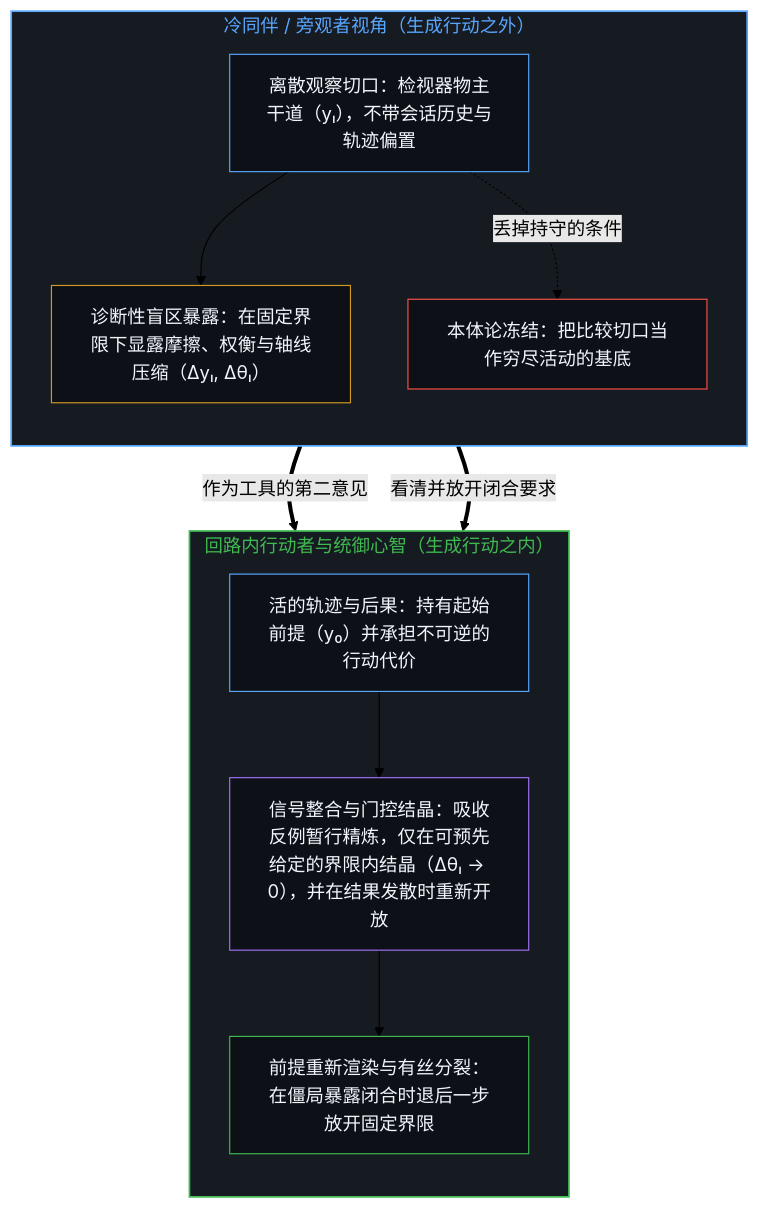
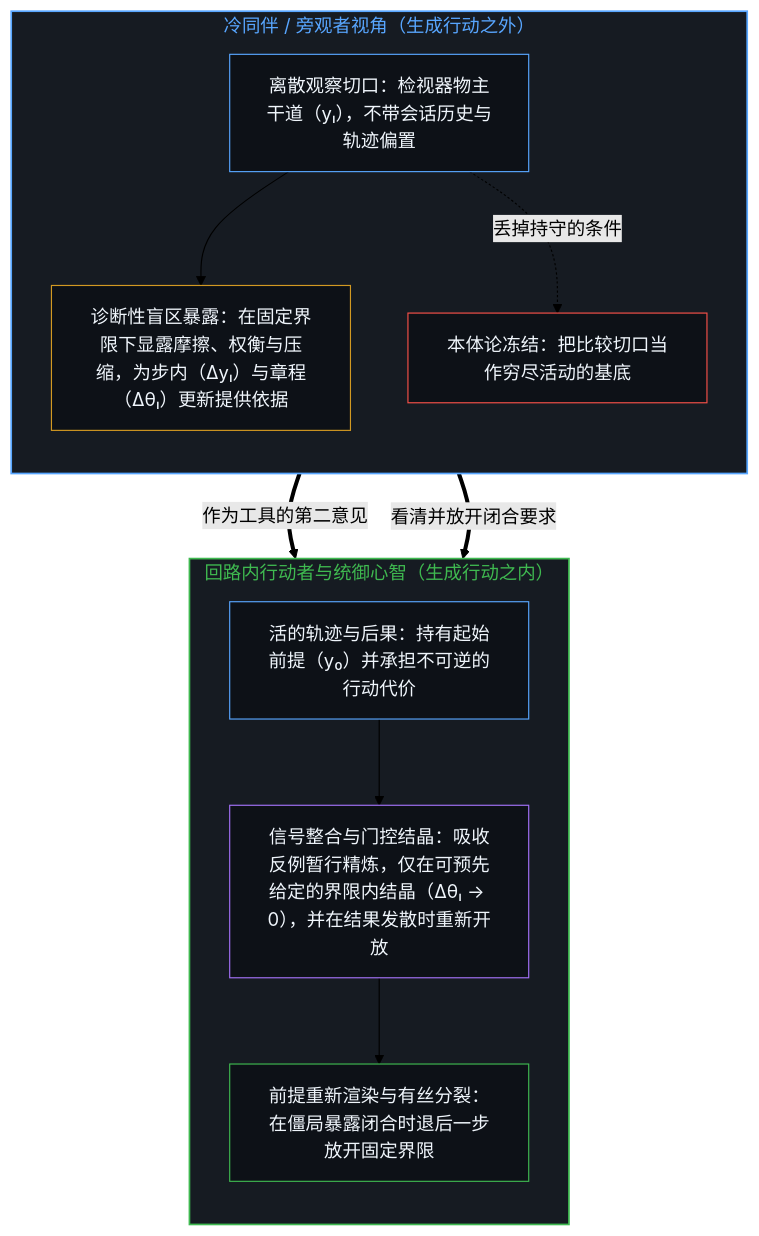
Before and after one commit to powerpig99/not-a-toe: the first of 2 diagrams in content/posts/the-paradoxical-nature-of-bystander-insights.md, drawn with Mermaid (forest theme). The commit also changed other lines of this file and 3 other files, not shown here.

````diff
--- a/content/posts/the-paradoxical-nature-of-bystander-insights.md
+++ b/content/posts/the-paradoxical-nature-of-bystander-insights.md
@@ -67,28 +67,28 @@
 ```mermaid
 flowchart TD
     subgraph S_Bystander["冷同伴 / 旁观者视角（生成行动之外）"]
         direction TB
         B_Cut["离散观察切口：检视器物主干道（yₗ），不带会话历史与轨迹偏置"]
-        B_Signal["诊断性盲区暴露：在固定界限下显露摩擦、权衡与轴线压缩（Δyₗ, Δθₗ）"]
+        B_Signal["诊断性盲区暴露：在固定界限下显露摩擦、权衡与压缩，为步内（Δyₗ）与章程（Δθₗ）更新提供依据"]
         B_Freeze["本体论冻结：把比较切口当作穷尽活动的基底"]
         B_Cut --> B_Signal
         B_Cut -.->|"丢掉持守的条件"| B_Freeze
     end
     subgraph S_Actor["回路内行动者与统御心智（生成行动之内）"]
         direction TB
         A_History["活的轨迹与后果：持有起始前提（y₀）并承担不可逆的行动代价"]
         A_Integrate["信号整合与门控结晶：吸收反例暂行精炼，仅在可预先给定的界限内结晶（Δθₗ → 0），并在结果发散时重新开放"]
         A_Expand["前提重新渲染与有丝分裂：在僵局暴露闭合时退后一步放开固定界限"]
         A_History --> A_Integrate --> A_Expand
     end
     B_Signal ==>|"作为工具的第二意见"| A_Integrate
     B_Freeze ==>|"看清并放开闭合要求"| A_Expand
     style S_Bystander fill:#161b22,stroke:#58a6ff,stroke-width:1.5px,color:#58a6ff
     style S_Actor fill:#161b22,stroke:#3fb950,stroke-width:1.5px,color:#3fb950
     style B_Cut fill:#0d1117,stroke:#58a6ff,stroke-width:1px,color:#f0f6fc
     style B_Signal fill:#0d1117,stroke:#d29922,stroke-width:1px,color:#f0f6fc
     style B_Freeze fill:#0d1117,stroke:#f85149,stroke-width:1px,color:#f0f6fc
     style A_History fill:#0d1117,stroke:#58a6ff,stroke-width:1px,color:#f0f6fc
     style A_Integrate fill:#0d1117,stroke:#a371f7,stroke-width:1px,color:#f0f6fc
     style A_Expand fill:#0d1117,stroke:#3fb950,stroke-width:1px,color:#f0f6fc
 ```
````
